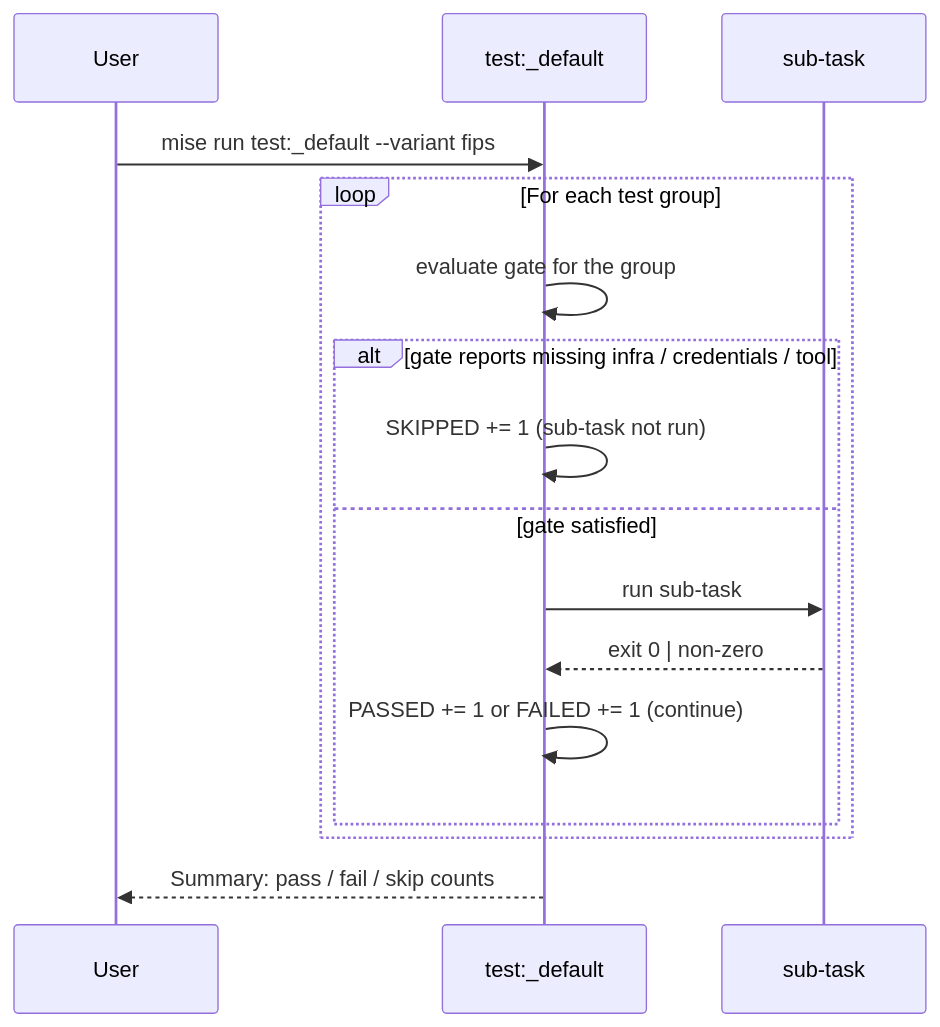
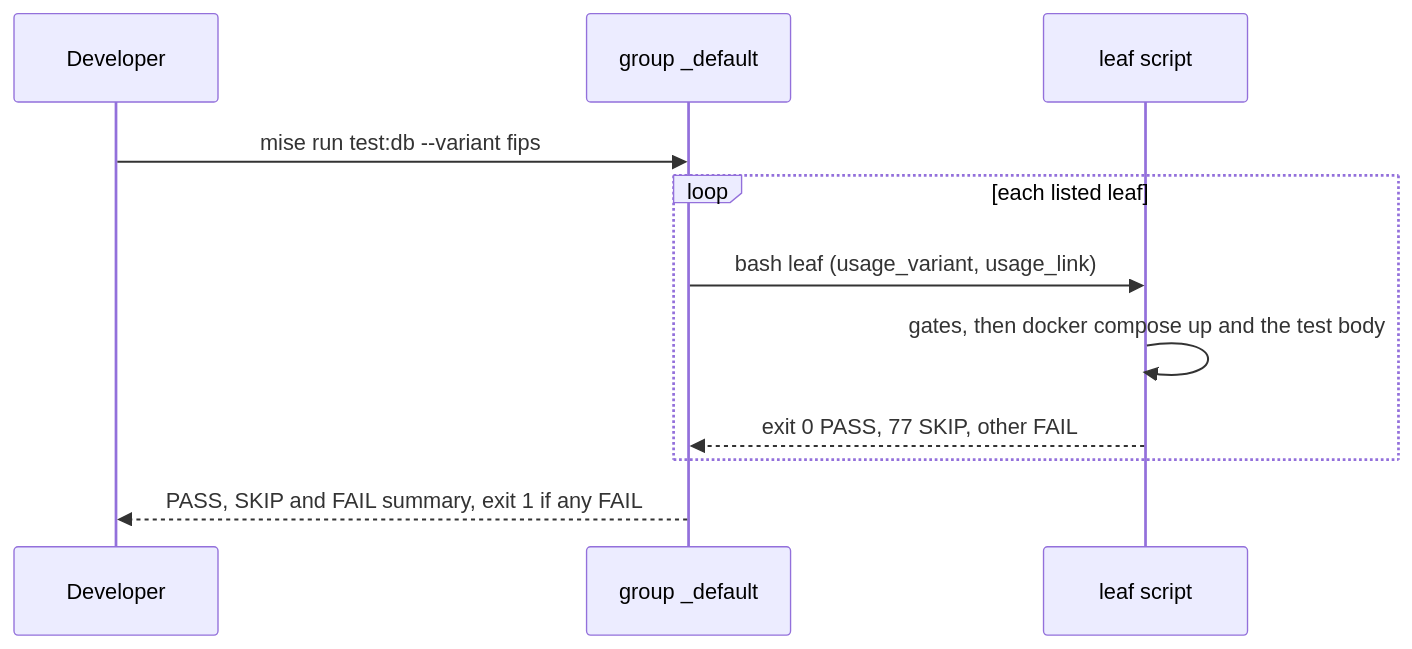
Before and after one commit to Cosmian/kms: the first of 55 diagrams in .mise/tasks/test/README.md, drawn with Mermaid. The commit also changed other lines of this file and 301 other files, not shown here.

````diff
--- a/.mise/tasks/test/README.md
+++ b/.mise/tasks/test/README.md
@@ -74,19 +69,14 @@
 ```mermaid
 sequenceDiagram
-    participant User as User
-    participant Def as test:_default
-    participant Sub as sub-task
+    participant User as Developer
+    participant Group as group _default
+    participant Leaf as leaf script
 
-    User->>Def: mise run test:_default --variant fips
-    loop For each test group
-        Def->>Def: evaluate gate for the group
-        alt gate reports missing infra / credentials / tool
-            Def->>Def: SKIPPED += 1 (sub-task not run)
-        else gate satisfied
-            Def->>Sub: run sub-task
-            Sub-->>Def: exit 0 | non-zero
-            Def->>Def: PASSED += 1 or FAILED += 1 (continue)
-        end
+    User->>Group: mise run test:db --variant fips
+    loop each listed leaf
+        Group->>Leaf: bash leaf (usage_variant, usage_link)
+        Leaf->>Leaf: gates, then docker compose up and the test body
+        Leaf-->>Group: exit 0 PASS, 77 SKIP, other FAIL
     end
-    Def-->>User: Summary: pass / fail / skip counts
+    Group-->>User: PASS, SKIP and FAIL summary, exit 1 if any FAIL
 ```
````
